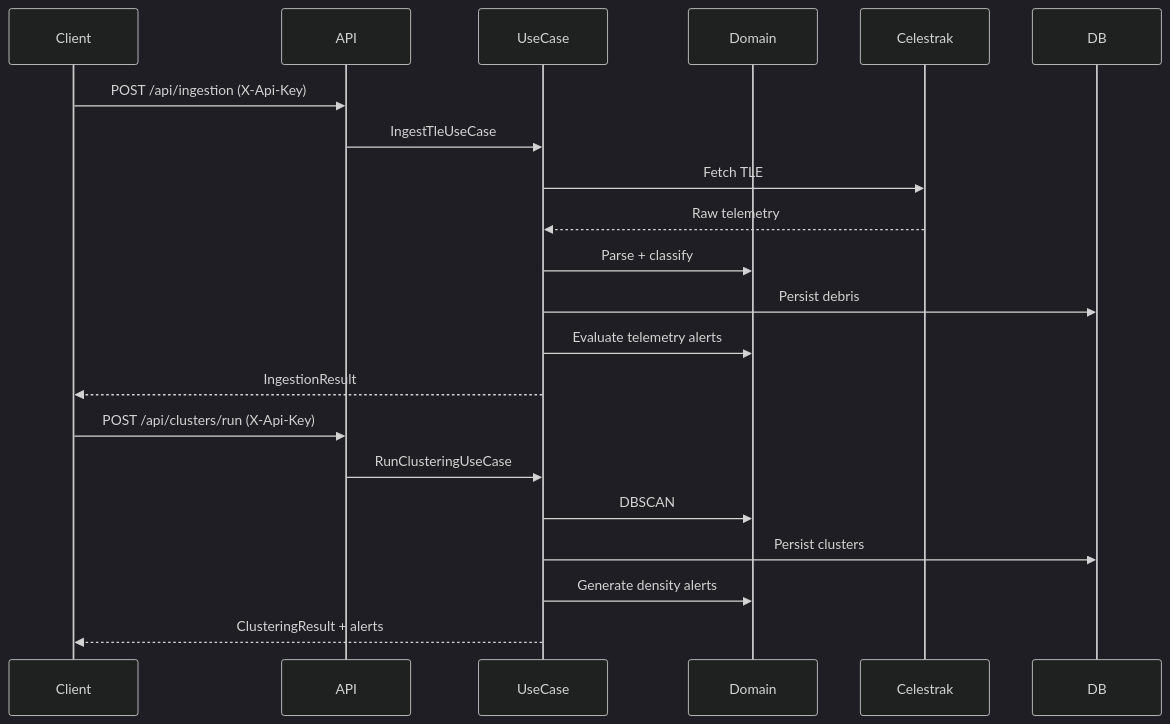
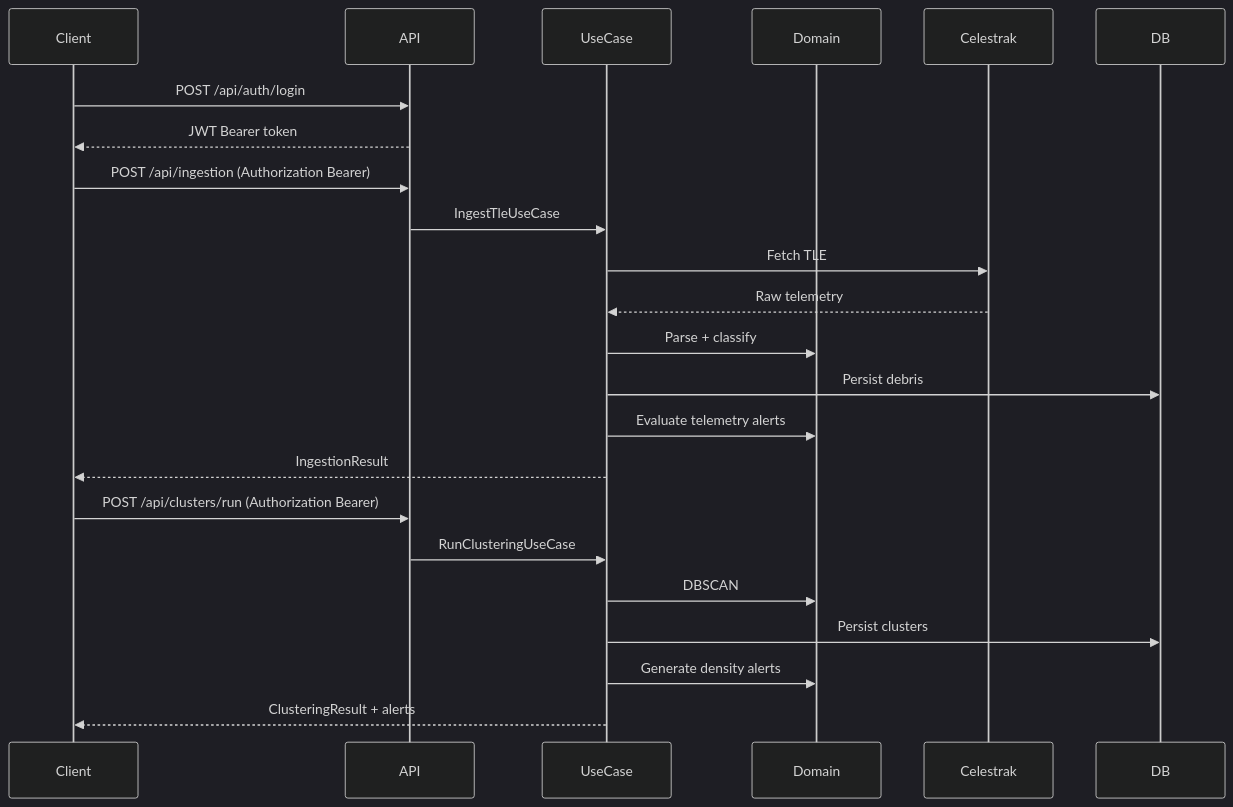
The third of 3 diagrams in backend/docs/ARCHITECTURE.md (FIAProjetos/Garimpo-espacial), drawn with Mermaid (dark theme) before and after one commit. The commit also changed other lines of this file and 113 other files, not shown here.

````diff
--- a/backend/docs/ARCHITECTURE.md
+++ b/backend/docs/ARCHITECTURE.md
@@ -95,25 +95,28 @@
 ```mermaid
 sequenceDiagram
     participant Client
     participant API
     participant UseCase
     participant Domain
     participant Celestrak
     participant DB
 
-    Client->>API: POST /api/ingestion (X-Api-Key)
+    Client->>API: POST /api/auth/login
+    API-->>Client: JWT Bearer token
+
+    Client->>API: POST /api/ingestion (Authorization Bearer)
     API->>UseCase: IngestTleUseCase
     UseCase->>Celestrak: Fetch TLE
     Celestrak-->>UseCase: Raw telemetry
     UseCase->>Domain: Parse + classify
     UseCase->>DB: Persist debris
     UseCase->>Domain: Evaluate telemetry alerts
     UseCase-->>Client: IngestionResult
 
-    Client->>API: POST /api/clusters/run (X-Api-Key)
+    Client->>API: POST /api/clusters/run (Authorization Bearer)
     API->>UseCase: RunClusteringUseCase
     UseCase->>Domain: DBSCAN
     UseCase->>DB: Persist clusters
     UseCase->>Domain: Generate density alerts
     UseCase-->>Client: ClusteringResult + alerts
 ```
````
